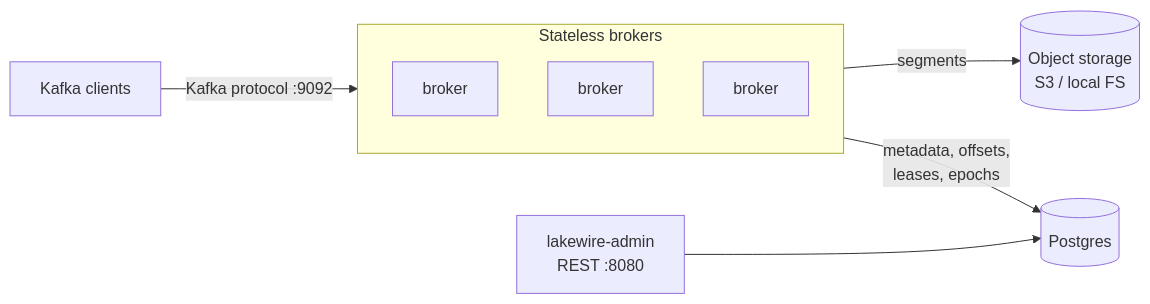
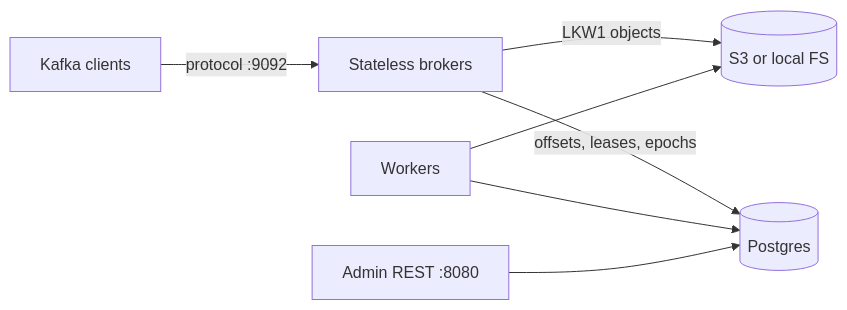
One commit to SunilMaurya-18/LakeWire changed the diagram in README.md. Above: the diagram before and after it, drawn with Mermaid. The commit also changed other lines of this file and 49 other files, not shown here.

````diff
--- a/README.md
+++ b/README.md
@@ -96,12 +68,9 @@
 ```mermaid
 flowchart LR
-    C[Kafka clients] -->|Kafka protocol :9092| LB
-    subgraph LB[Stateless brokers]
-      B1[broker]
-      B2[broker]
-      B3[broker]
-    end
-    LB -->|segments| S[(Object storage<br/>S3 / local FS)]
-    LB -->|metadata, offsets,<br/>leases, epochs| P[(Postgres)]
-    A[lakewire-admin<br/>REST :8080] --> P
+    C[Kafka clients] -->|protocol :9092| B[Stateless brokers]
+    B -->|LKW1 objects| S[(S3 or local FS)]
+    B -->|offsets, leases, epochs| P[(Postgres)]
+    W[Workers] --> P
+    W --> S
+    A[Admin REST :8080] --> P
 ```
````
